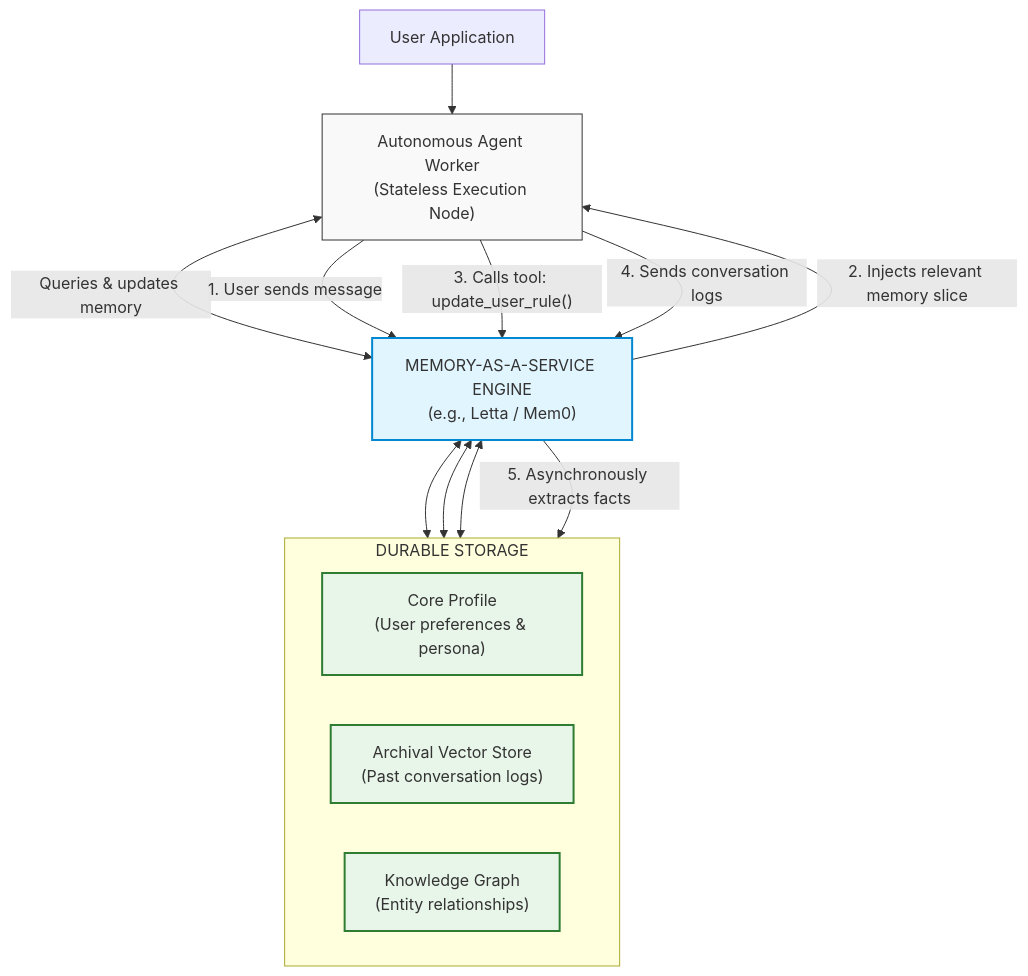
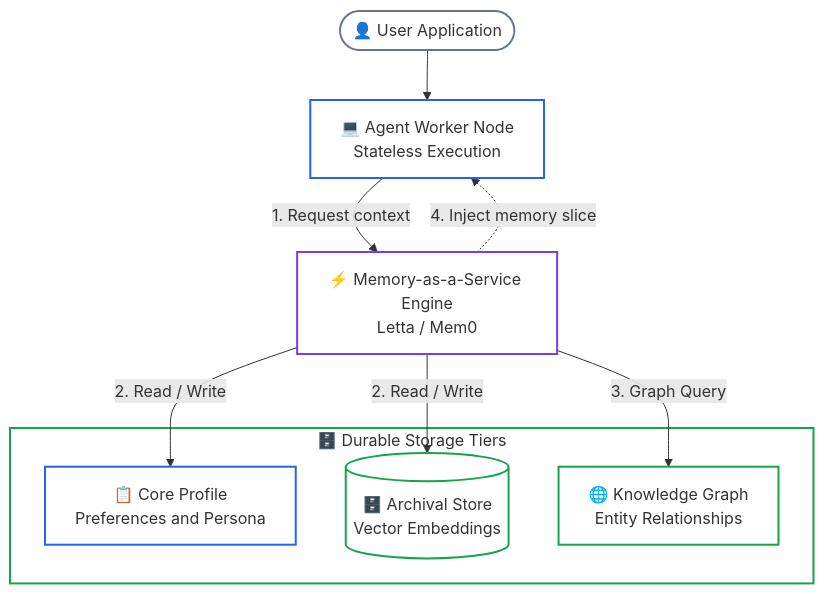
Before and after one commit to dip4k/senior-engineer-to-ai-engineer-roadmap: the fourth of 5 diagrams in 04-agentic-systems-and-orchestration/04-agent-memory-systems-and-cognitive-architectures.md, drawn with Mermaid. The commit also changed other lines of this file and 94 other files, not shown here.

Commit message:
refactor(curriculum): complete Phase 04 upgrade and enforce diagram renderer invariants

````diff
--- a/04-agentic-systems-and-orchestration/04-agent-memory-systems-and-cognitive-architectures.md
+++ b/04-agentic-systems-and-orchestration/04-agent-memory-systems-and-cognitive-architectures.md
@@ -138,25 +167,25 @@
 ```mermaid
 flowchart TD
-    classDef agent fill:#f9f9f9,stroke:#333,stroke-width:1px;
-    classDef maas fill:#e1f5fe,stroke:#0288d1,stroke-width:2px;
-    classDef store fill:#e8f5e9,stroke:#2e7d32,stroke-width:2px;
-
-    User["User Application"] --> Agent["Autonomous Agent Worker\n(Stateless Execution Node)"]:::agent
+    User(["👤 User Application"]) --> Agent["💻 Agent Worker Node<br/>Stateless Execution"]
     
-    Agent <-->|"Queries & updates memory"| MaaS["MEMORY-AS-A-SERVICE ENGINE\n(e.g., Letta / Mem0)"]:::maas
+    Agent -->|"1. Request context"| MaaS["⚡ Memory-as-a-Service Engine<br/>Letta / Mem0"]
+    MaaS -.->|"4. Inject memory slice"| Agent
     
-    subgraph StorageBackends["DURABLE STORAGE"]
-        direction LR
-        Core["Core Profile\n(User preferences & persona)"]:::store
-        Vec["Archival Vector Store\n(Past conversation logs)"]:::store
-        Graph["Knowledge Graph\n(Entity relationships)"]:::store
+    subgraph StorageBackends["🗄️ Durable Storage Tiers"]
+        Core["📋 Core Profile<br/>Preferences and Persona"]
+        Vec[("🗄️ Archival Store<br/>Vector Embeddings")]
+        Graph["🌐 Knowledge Graph<br/>Entity Relationships"]
     end
 
-    MaaS <--> Core & Vec & Graph
-    
-    Agent -->|"1. User sends message"| MaaS
-    MaaS -->|"2. Injects relevant memory slice"| Agent
-    Agent -->|"3. Calls tool: update_user_rule()"| MaaS
-    Agent -->|"4. Sends conversation logs"| MaaS
-    MaaS -->|"5. Asynchronously extracts facts"| StorageBackends
+    MaaS -->|"2. Read / Write"| Core
+    MaaS -->|"2. Read / Write"| Vec
+    MaaS -->|"3. Graph Query"| Graph
+
+    style User stroke:#64748b,stroke-width:2px,fill:none
+    style Agent stroke:#2563eb,stroke-width:2px,fill:none
+    style MaaS stroke:#7c3aed,stroke-width:2px,fill:none
+    style StorageBackends fill:none,stroke:#16a34a,stroke-width:2px
+    style Core stroke:#2563eb,stroke-width:2px,fill:none
+    style Vec stroke:#16a34a,stroke-width:2px,fill:none
+    style Graph stroke:#16a34a,stroke-width:2px,fill:none
 ```
````
